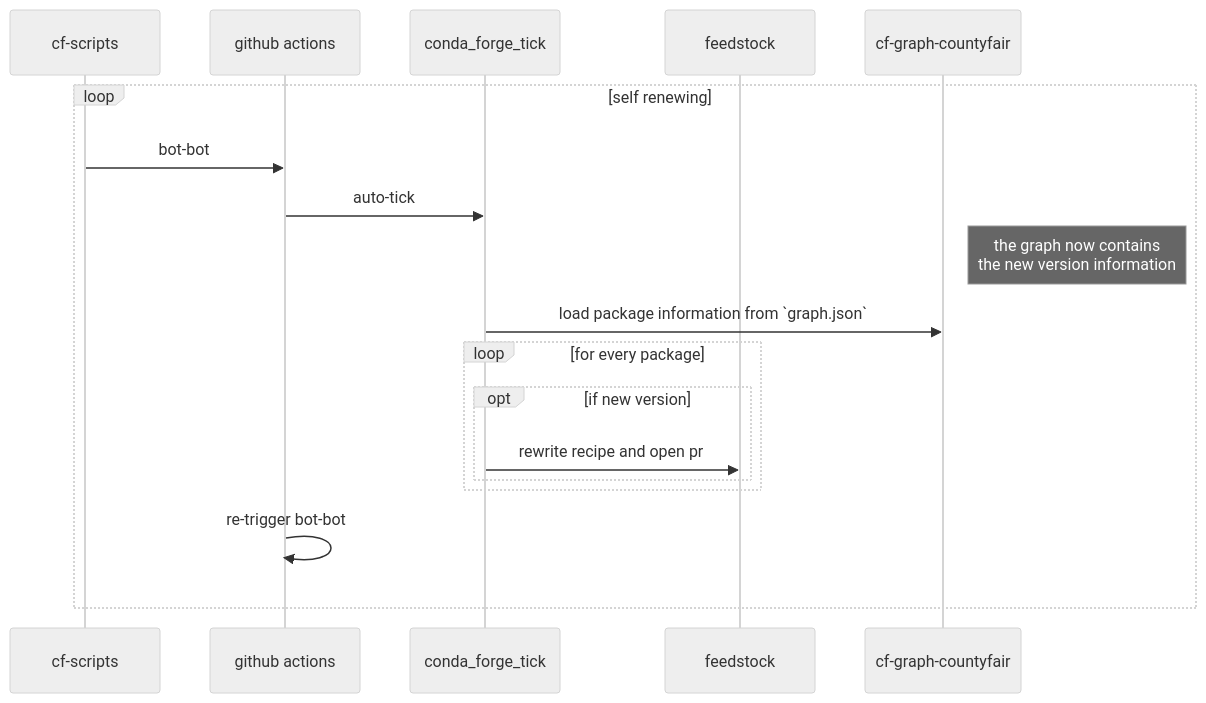
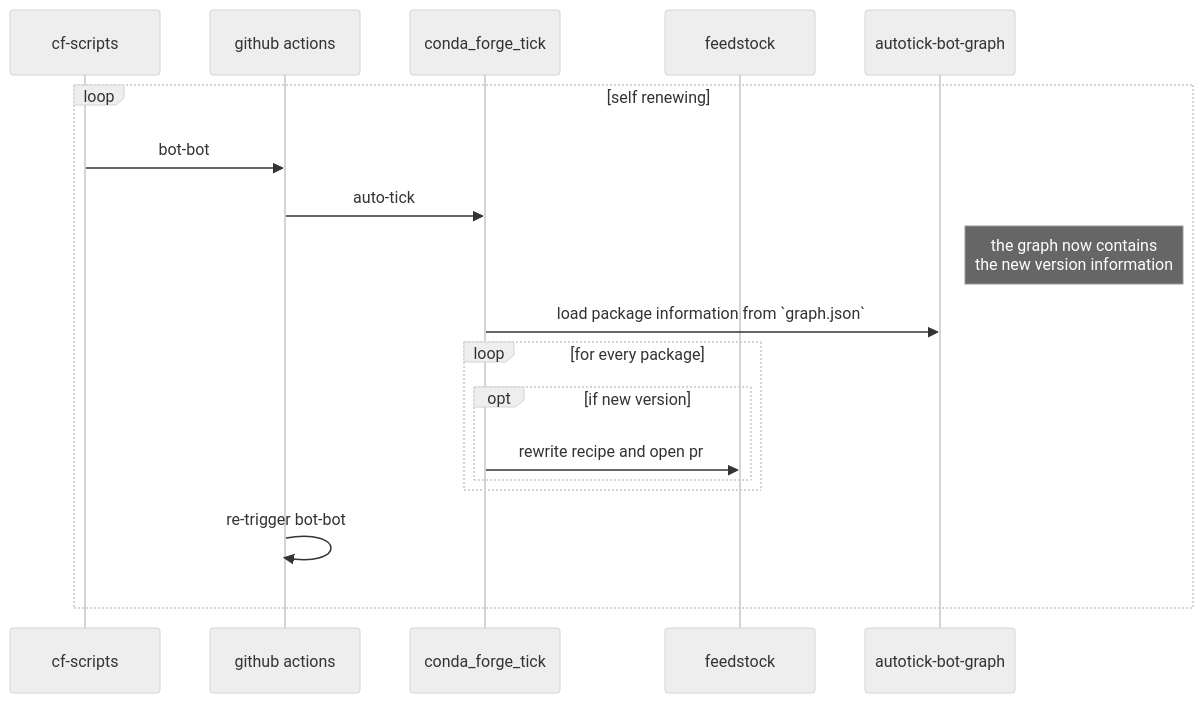
The third of 4 diagrams in docs/maintainer/understanding_conda_forge/feedstocks.md (conda-forge/conda-forge.github.io), drawn with Mermaid (neutral theme) before and after one commit. The commit also changed other lines of this file and 3 other files, not shown here.

````diff
--- a/docs/maintainer/understanding_conda_forge/feedstocks.md
+++ b/docs/maintainer/understanding_conda_forge/feedstocks.md
@@ -125,20 +125,20 @@
 ```mermaid
 sequenceDiagram
     participant cfs as cf-scripts
     participant gha as github actions
     participant cft as conda_forge_tick
     participant fs as feedstock
-    participant cfg as cf-graph-countyfair
+    participant cfg as autotick-bot-graph
     loop self renewing
         cfs->>gha: bot-bot
         gha->>cft: auto-tick
         note right of cfg: the graph now contains<br/>the new version information
         cft->>cfg: load package information from `graph.json`
         loop for every package
             opt if new version
                 cft->>fs: rewrite recipe and open pr
             end
         end
         gha->>gha: re-trigger bot-bot
     end
 ```
````
